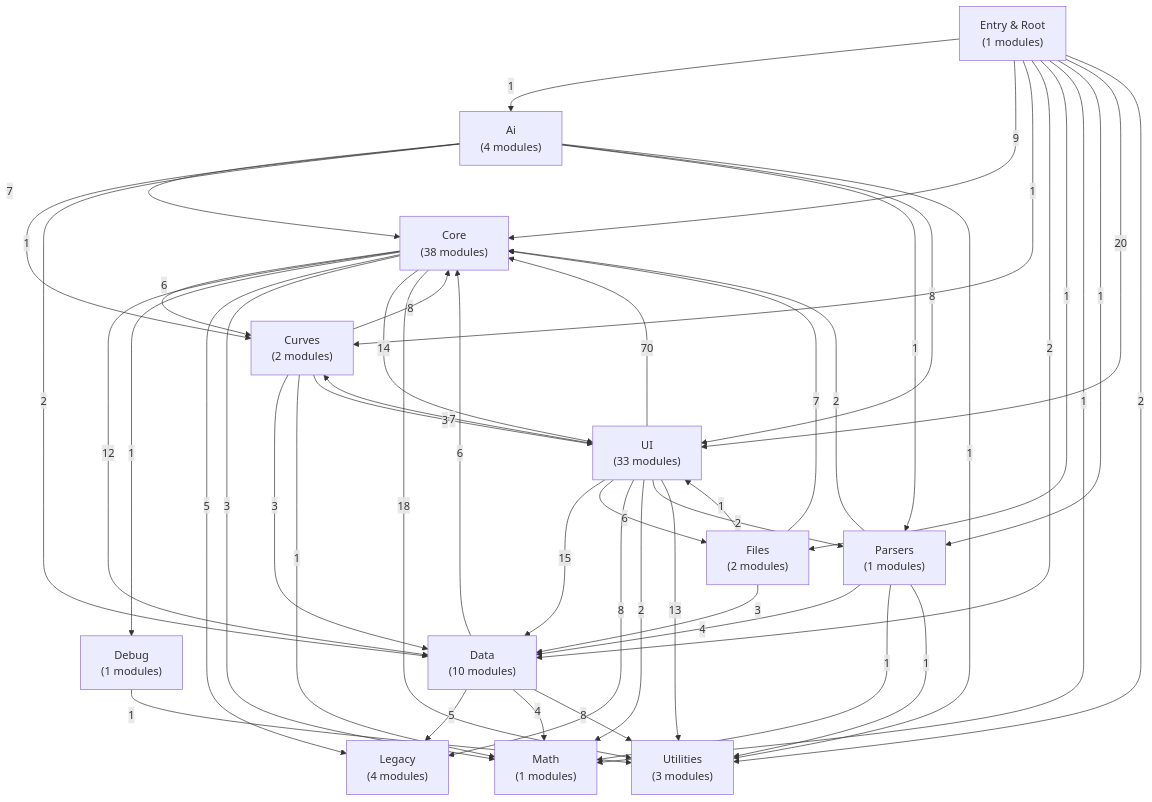
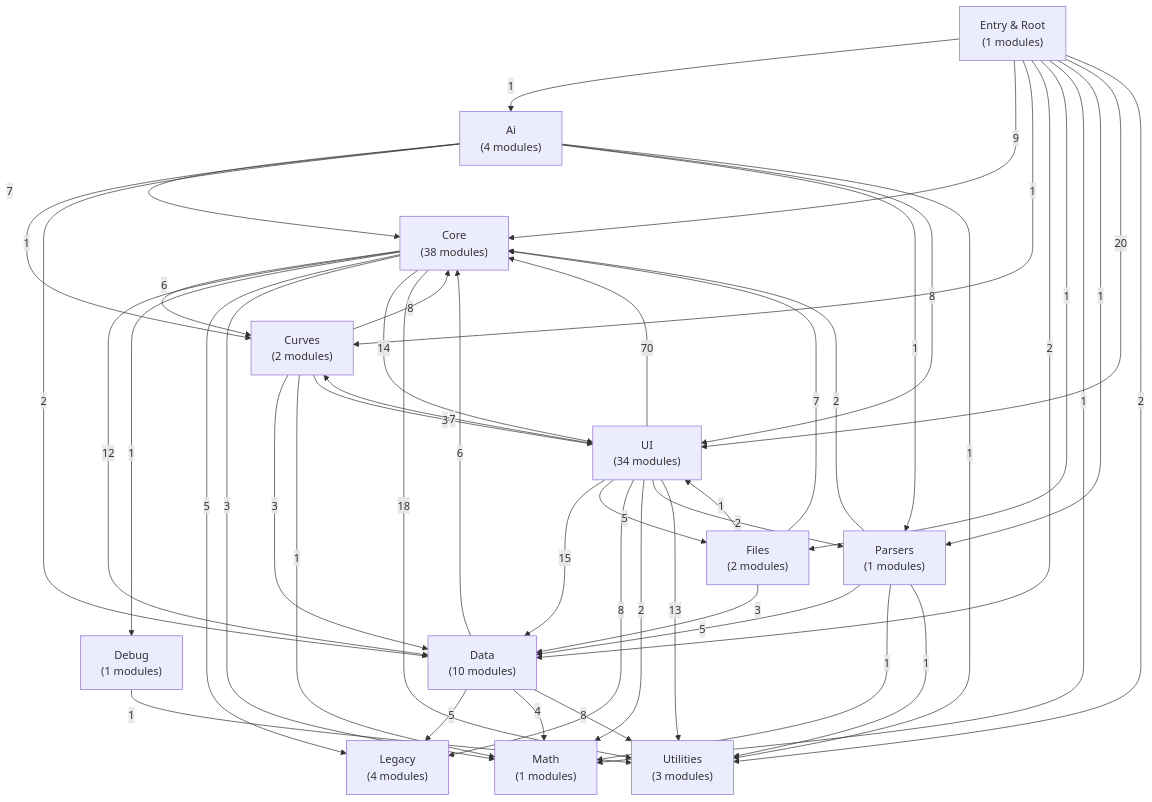
One commit to David-Marsh-Photo/quadGEN changed the diagram in docs/architecture-map.md. Above: the diagram before and after it, drawn with Mermaid. The commit also changed other lines of this file and 15 other files, not shown here.

````diff
--- a/docs/architecture-map.md
+++ b/docs/architecture-map.md
@@ -7,61 +7,61 @@
 ```mermaid
 flowchart TD
   G_js_ai["Ai\n(4 modules)"]
   G_js_core["Core\n(38 modules)"]
   G_js_curves["Curves\n(2 modules)"]
   G_js_data["Data\n(10 modules)"]
   G_js_debug["Debug\n(1 modules)"]
   G_js_files["Files\n(2 modules)"]
   G_js_legacy["Legacy\n(4 modules)"]
   G_js_math["Math\n(1 modules)"]
   G_js_parsers["Parsers\n(1 modules)"]
-  G_js_ui["UI\n(33 modules)"]
+  G_js_ui["UI\n(34 modules)"]
   G_js_utils["Utilities\n(3 modules)"]
   G_src["Entry & Root\n(1 modules)"]
   G_js_ai -->|7| G_js_core
   G_js_ai -->|1| G_js_curves
   G_js_ai -->|2| G_js_data
   G_js_ai -->|1| G_js_parsers
   G_js_ai -->|8| G_js_ui
   G_js_ai -->|1| G_js_utils
   G_js_core -->|6| G_js_curves
   G_js_core -->|12| G_js_data
   G_js_core -->|1| G_js_debug
   G_js_core -->|5| G_js_legacy
   G_js_core -->|3| G_js_math
   G_js_core -->|14| G_js_ui
   G_js_core -->|18| G_js_utils
   G_js_curves -->|8| G_js_core
   G_js_curves -->|3| G_js_data
   G_js_curves -->|1| G_js_math
   G_js_curves -->|3| G_js_ui
   G_js_data -->|6| G_js_core
   G_js_data -->|5| G_js_legacy
   G_js_data -->|4| G_js_math
   G_js_data -->|8| G_js_utils
   G_js_debug -->|1| G_js_utils
   G_js_files -->|7| G_js_core
   G_js_files -->|3| G_js_data
   G_js_files -->|1| G_js_ui
   G_js_parsers -->|2| G_js_core
-  G_js_parsers -->|4| G_js_data
+  G_js_parsers -->|5| G_js_data
   G_js_parsers -->|1| G_js_math
   G_js_parsers -->|1| G_js_utils
   G_js_ui -->|70| G_js_core
   G_js_ui -->|7| G_js_curves
   G_js_ui -->|15| G_js_data
-  G_js_ui -->|6| G_js_files
+  G_js_ui -->|5| G_js_files
   G_js_ui -->|8| G_js_legacy
   G_js_ui -->|2| G_js_math
   G_js_ui -->|2| G_js_parsers
   G_js_ui -->|13| G_js_utils
   G_src -->|1| G_js_ai
   G_src -->|9| G_js_core
   G_src -->|1| G_js_curves
   G_src -->|2| G_js_data
   G_src -->|1| G_js_files
   G_src -->|1| G_js_math
   G_src -->|1| G_js_parsers
   G_src -->|20| G_js_ui
   G_src -->|2| G_js_utils
 ```
````
